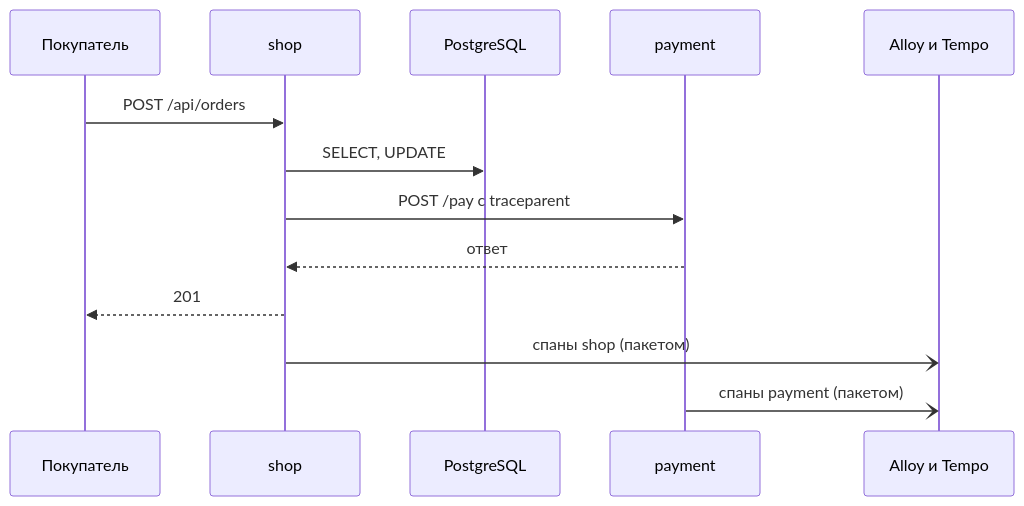
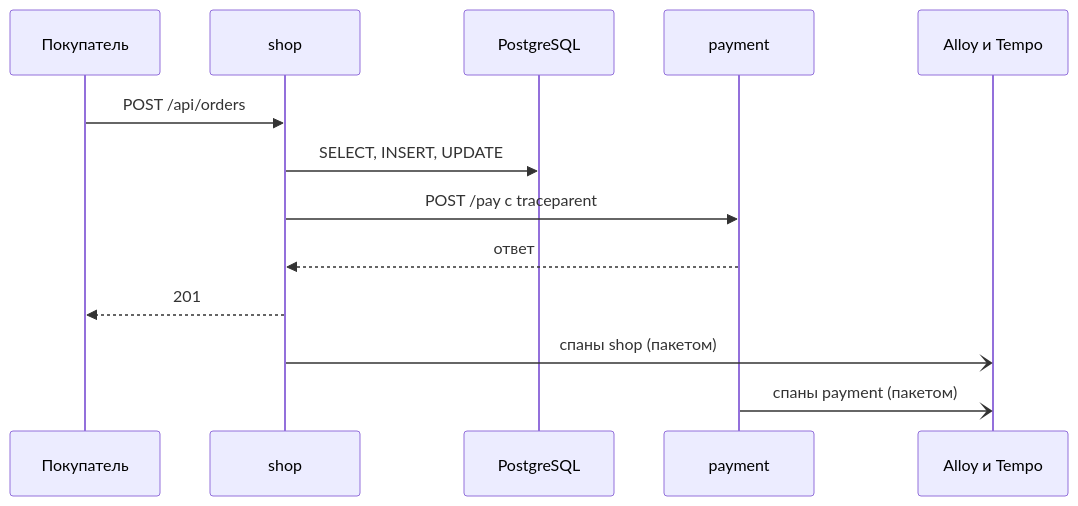
Before and after one commit to distinguished-sre/learning: the first of 4 diagrams in monitoring/04-logs-traces/02-traces.md, drawn with Mermaid. The commit also changed other lines of this file and 462 other files, not shown here.

````diff
--- a/monitoring/04-logs-traces/02-traces.md
+++ b/monitoring/04-logs-traces/02-traces.md
@@ -37,15 +39,15 @@
 ```mermaid
 sequenceDiagram
     participant П as Покупатель
     participant М as shop
     participant Б as PostgreSQL
     participant О as payment
     participant А as Alloy и Tempo
     П->>М: POST /api/orders
-    М->>Б: SELECT, UPDATE
+    М->>Б: SELECT, INSERT, UPDATE
     М->>О: POST /pay с traceparent
     О-->>М: ответ
     М-->>П: 201
     М-)А: спаны shop (пакетом)
     О-)А: спаны payment (пакетом)
 ```
````
